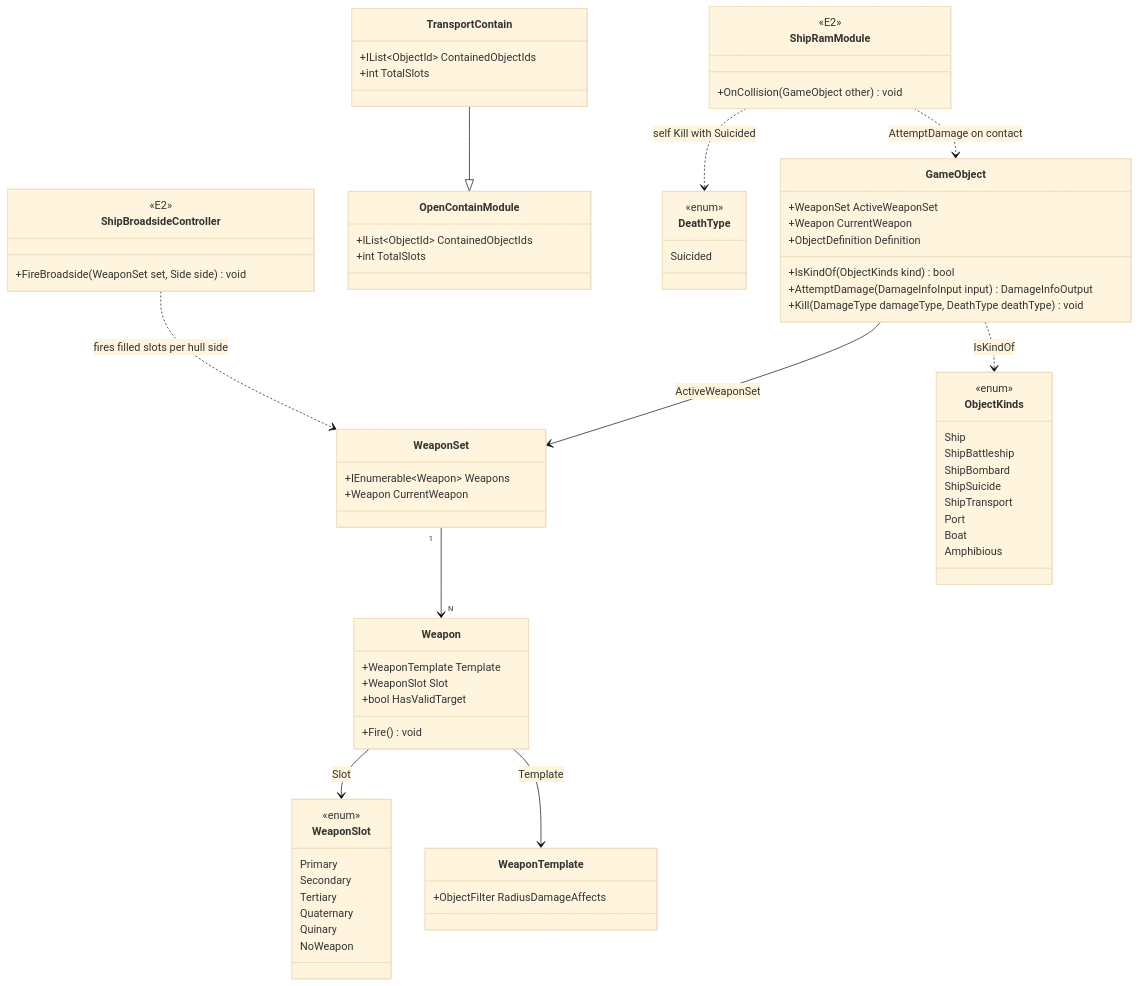
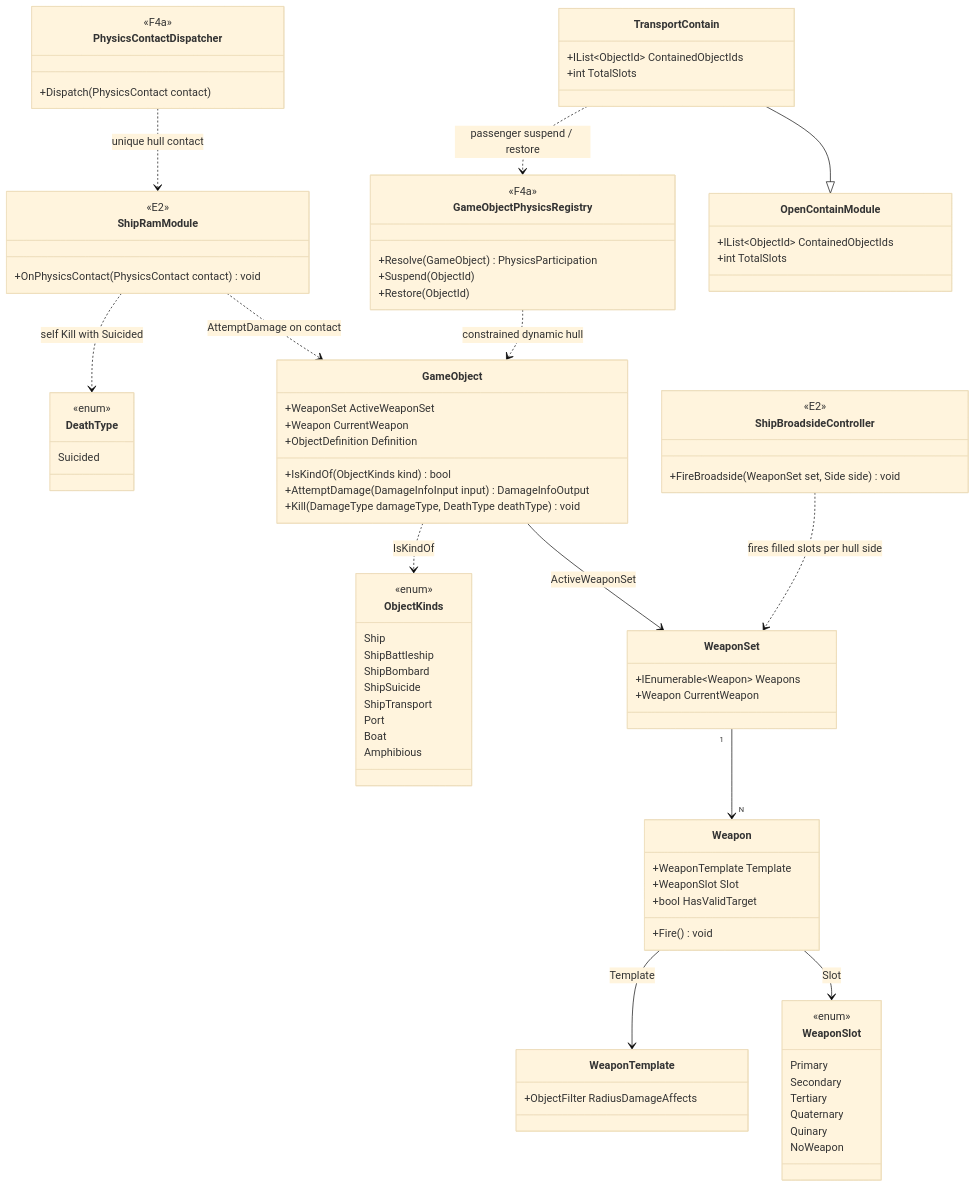
Before and after one commit to rmessinger/Panopticon: the second of 4 diagrams in docs/roadmap/deep-dives/e1-e2-naval-warfare.md, drawn with Mermaid (base theme). The commit also changed other lines of this file and 15 other files, not shown here.

First line of the commit message:
docs: expand Bepu object physics roadmap

````diff
--- a/docs/roadmap/deep-dives/e1-e2-naval-warfare.md
+++ b/docs/roadmap/deep-dives/e1-e2-naval-warfare.md
@@ -267,7 +271,19 @@
 
   class ShipRamModule {
     <<E2>>
-    +OnCollision(GameObject other) void
+    +OnPhysicsContact(PhysicsContact contact) void
+  }
+
+  class GameObjectPhysicsRegistry {
+    <<F4a>>
+    +Resolve(GameObject) PhysicsParticipation
+    +Suspend(ObjectId)
+    +Restore(ObjectId)
+  }
+
+  class PhysicsContactDispatcher {
+    <<F4a>>
+    +Dispatch(PhysicsContact contact)
   }
 
   GameObject --> WeaponSet : ActiveWeaponSet
@@ -277,6 +293,9 @@
   TransportContain --|> OpenContainModule
   GameObject ..> ObjectKinds : IsKindOf
   ShipBroadsideController ..> WeaponSet : fires filled slots per hull side
+  GameObjectPhysicsRegistry ..> GameObject : constrained dynamic hull
+  TransportContain ..> GameObjectPhysicsRegistry : passenger suspend / restore
+  PhysicsContactDispatcher ..> ShipRamModule : unique hull contact
   ShipRamModule ..> GameObject : AttemptDamage on contact
   ShipRamModule ..> DeathType : self Kill with Suicided
 ```
````
